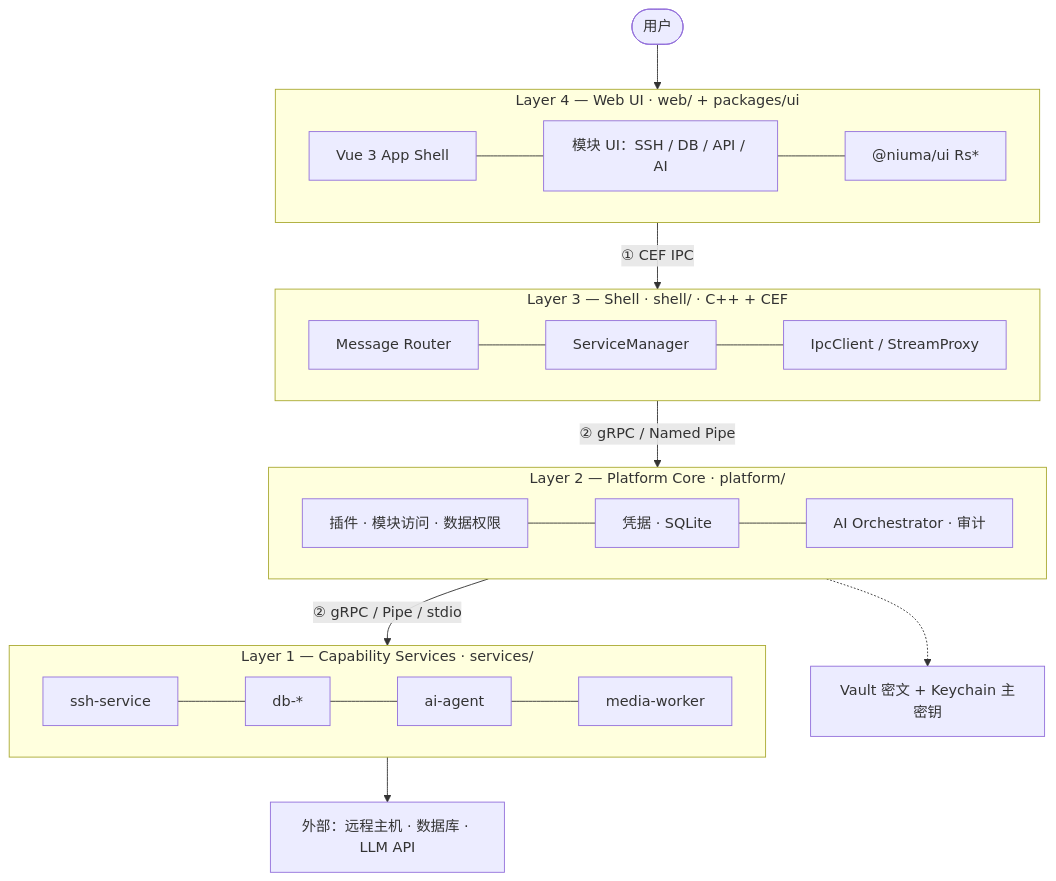
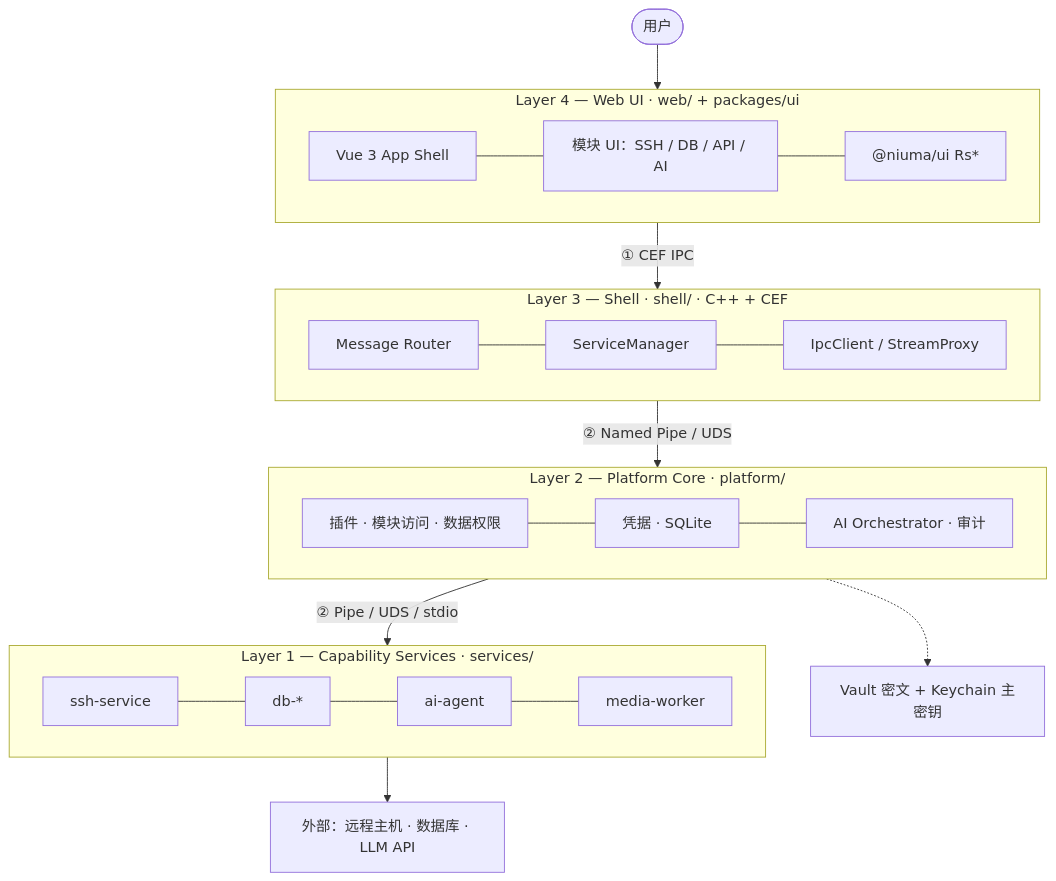
Before and after one commit to Blair-Shang/niuma: the first of 11 diagrams in docs/architecture.md, drawn with Mermaid. The commit also changed other lines of this file and 186 other files, not shown here.

````diff
--- a/docs/architecture.md
+++ b/docs/architecture.md
@@ -31,46 +31,46 @@
 ```mermaid
 flowchart TB
     U([用户]) --> L4
 
     subgraph L4["Layer 4 — Web UI · web/ + packages/ui"]
         direction LR
         l4a[Vue 3 App Shell]
         l4b[模块 UI：SSH / DB / API / AI]
         l4c["@niuma/ui Rs*"]
         l4a --- l4b --- l4c
     end
 
     L4 -->|"① CEF IPC"| L3
 
     subgraph L3["Layer 3 — Shell · shell/ · C++ + CEF"]
         direction LR
         l3a[Message Router]
         l3b[ServiceManager]
         l3c[IpcClient / StreamProxy]
         l3a --- l3b --- l3c
     end
 
-    L3 -->|"② gRPC / Named Pipe"| L2
+    L3 -->|"② Named Pipe / UDS"| L2
 
     subgraph L2["Layer 2 — Platform Core · platform/"]
         direction LR
         l2a[插件 · 模块访问 · 数据权限]
         l2b[凭据 · SQLite]
         l2c[AI Orchestrator · 审计]
         l2a --- l2b --- l2c
     end
 
-    L2 -->|"② gRPC / Pipe / stdio"| L1
+    L2 -->|"② Pipe / UDS / stdio"| L1
 
     subgraph L1["Layer 1 — Capability Services · services/"]
         direction LR
         l1a[ssh-service]
         l1b[db-*]
         l1c[ai-agent]
         l1d[media-worker]
         l1a --- l1b --- l1c --- l1d
     end
 
     L1 --> EXT["外部：远程主机 · 数据库 · LLM API"]
     L2 -.-> KC["Vault 密文 + Keychain 主密钥"]
 ```
````
